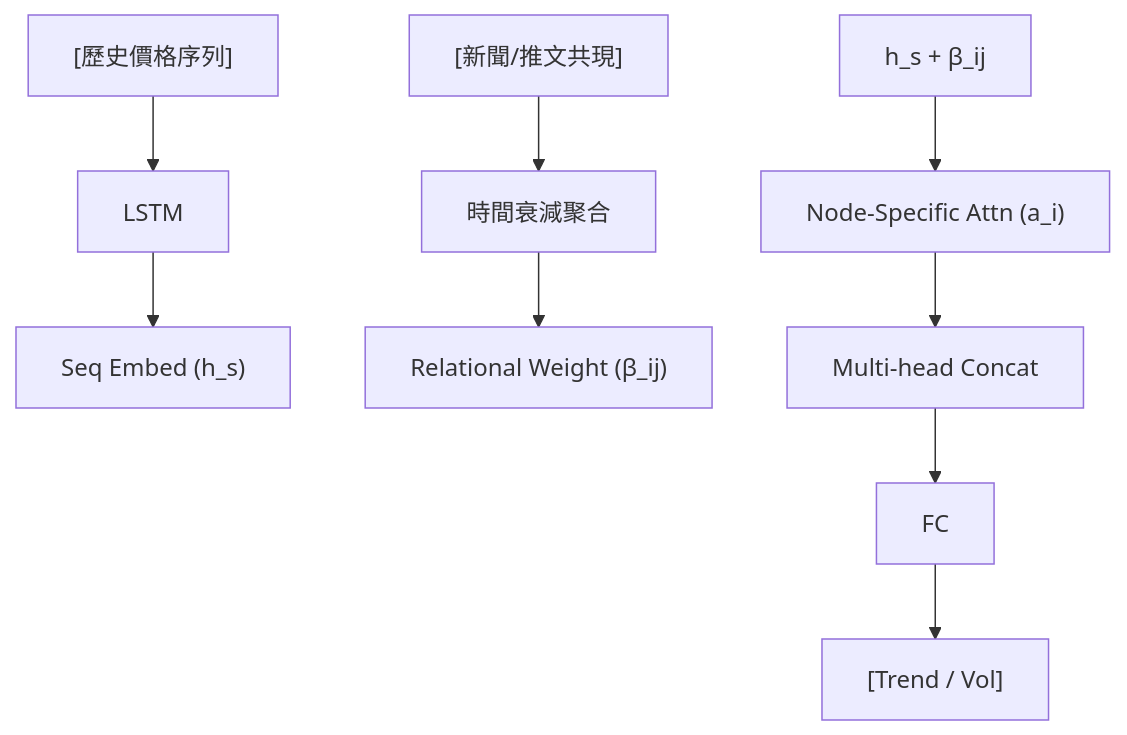
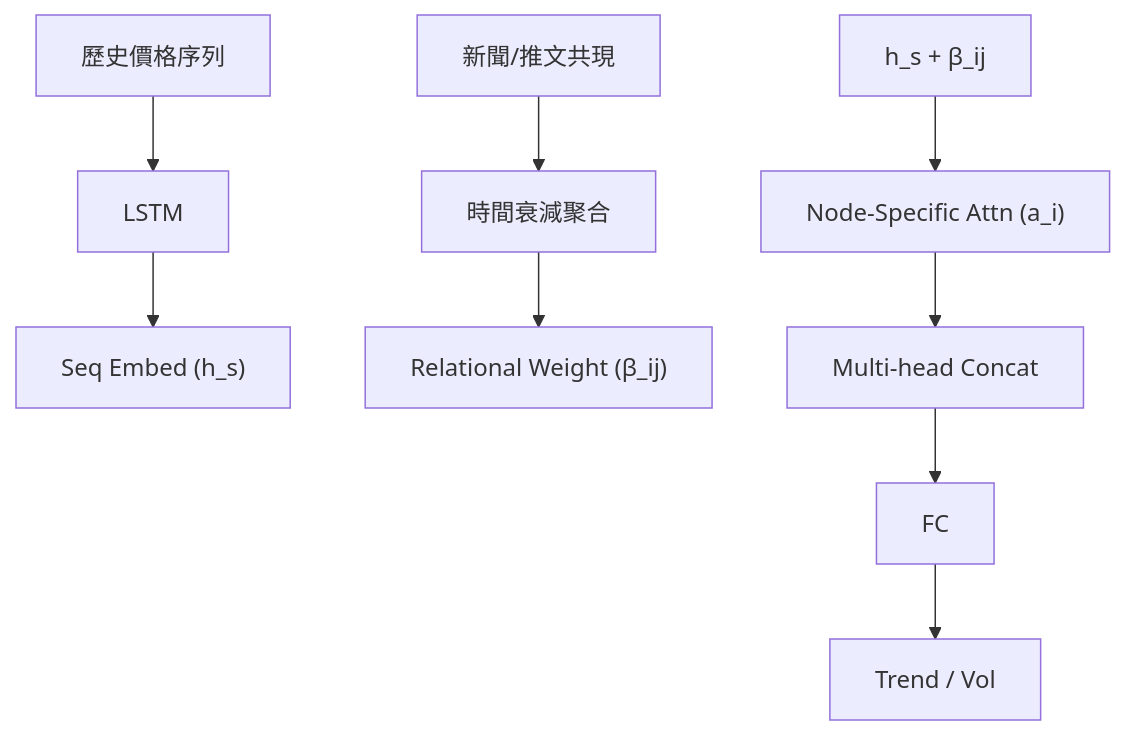
Before and after one commit to sou350121/Trading-Handbook: the diagram in foundations/graph-networks/ngat.md, drawn with Mermaid. The commit also changed other lines of this file and 191 other files, not shown here.

First line of the commit message:
render: fix math + mermaid for GitHub across the corpus (188 pages)

````diff
--- a/foundations/graph-networks/ngat.md
+++ b/foundations/graph-networks/ngat.md
@@ -30,11 +30,11 @@
 ```mermaid
 flowchart TD
-    A["[歷史價格序列]"] --> B["LSTM"]
+    A["歷史價格序列"] --> B["LSTM"]
     B --> C["Seq Embed (h_s)"]
-    D["[新聞/推文共現]"] --> E["時間衰減聚合"]
+    D["新聞/推文共現"] --> E["時間衰減聚合"]
     E --> F["Relational Weight (β_ij)"]
     G["h_s + β_ij"] --> H["Node-Specific Attn (a_i)"]
     H --> I["Multi-head Concat"]
     I --> J["FC"]
-    J --> K["[Trend / Vol]"]
+    J --> K["Trend / Vol"]
 ```
````
